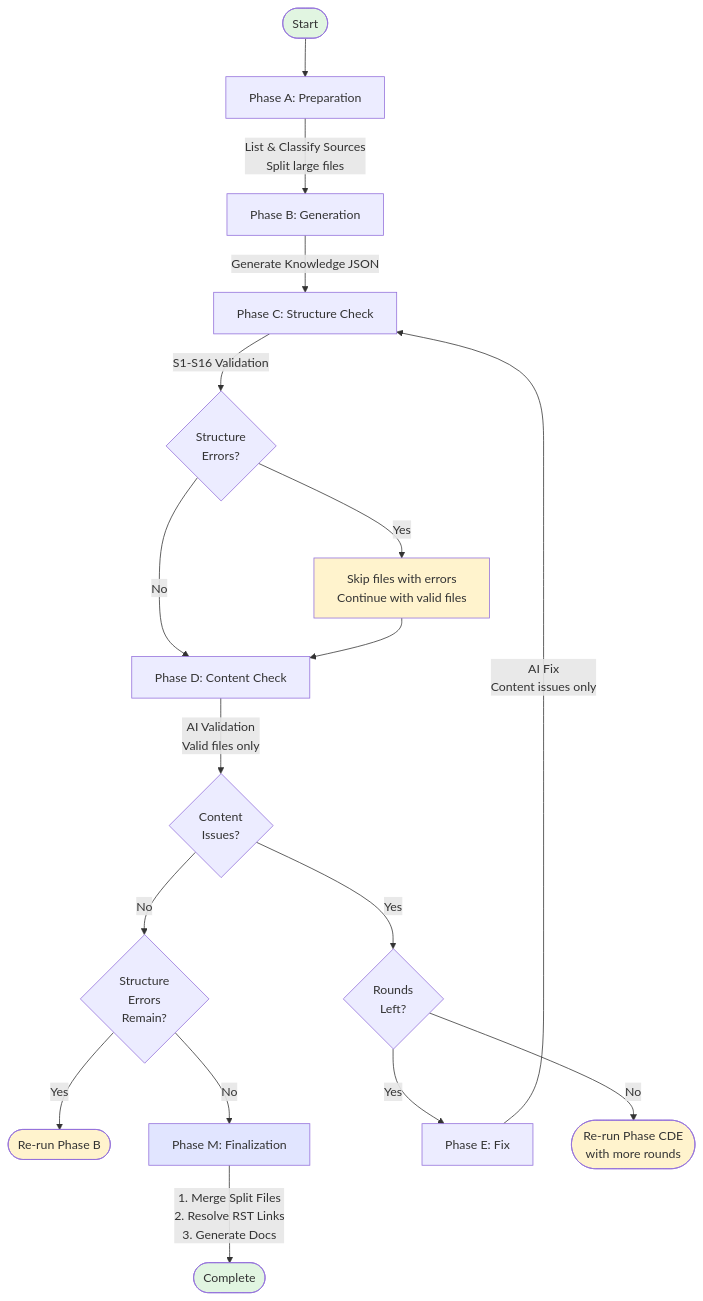
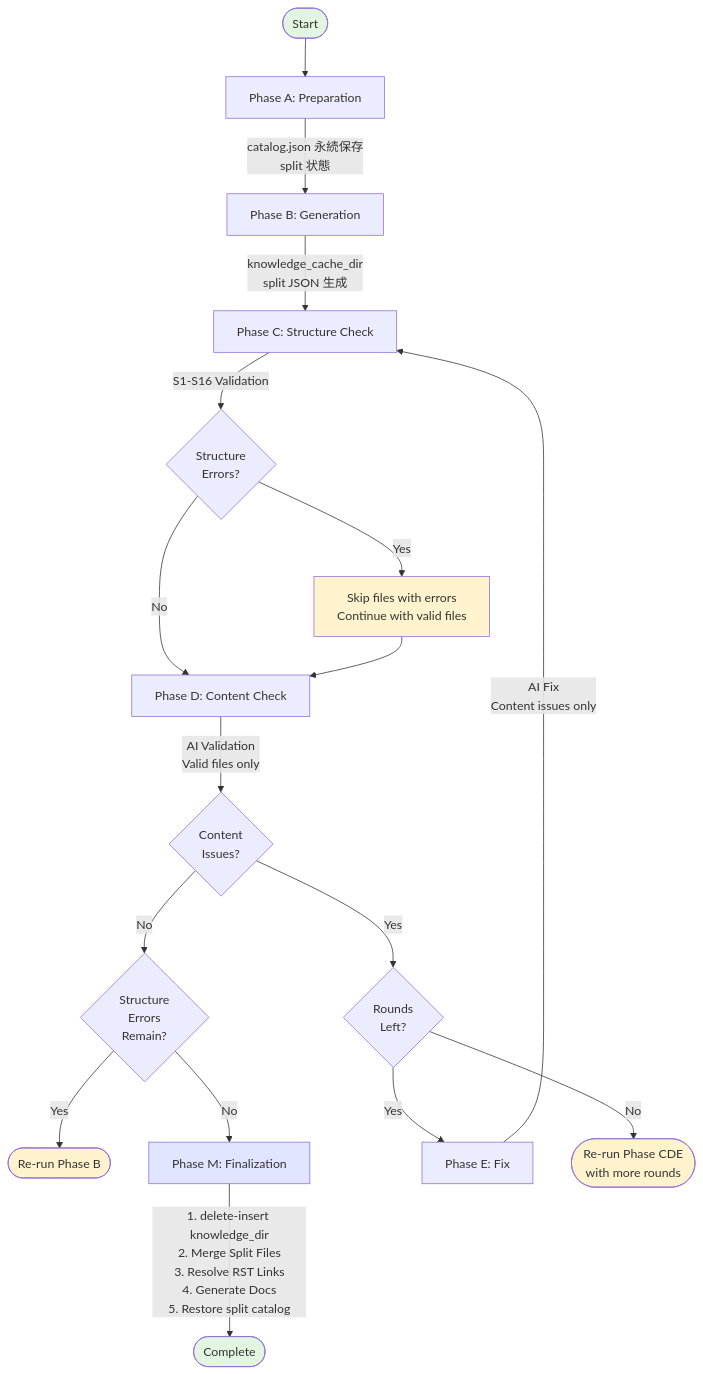
The diagram in tools/knowledge-creator/README.md (nablarch/nabledge-dev), drawn with Mermaid before and after one commit. The commit also changed other lines of this file and 355 other files, not shown here.

First line of the commit message:
refactor: Separate knowledge_cache_dir from knowledge_dir

````diff
--- a/tools/knowledge-creator/README.md
+++ b/tools/knowledge-creator/README.md
@@ -5,26 +5,26 @@
 ```mermaid
 flowchart TD
     Start([Start]) --> A[Phase A: Preparation]
-    A --> |List & Classify Sources<br/>Split large files| B[Phase B: Generation]
-    B --> |Generate Knowledge JSON| C[Phase C: Structure Check]
+    A --> |catalog.json 永続保存<br/>split 状態| B[Phase B: Generation]
+    B --> |knowledge_cache_dir<br/>split JSON 生成| C[Phase C: Structure Check]
     C --> |S1-S16 Validation| PassC{Structure<br/>Errors?}
     PassC --> |Yes| StructWarn[Skip files with errors<br/>Continue with valid files]
     PassC --> |No| D[Phase D: Content Check]
     StructWarn --> D
     D --> |AI Validation<br/>Valid files only| PassD{Content<br/>Issues?}
     PassD --> |No| CheckStruct{Structure<br/>Errors<br/>Remain?}
     CheckStruct --> |Yes| RerunB([Re-run Phase B])
     CheckStruct --> |No| M[Phase M: Finalization]
     PassD --> |Yes| Round{Rounds<br/>Left?}
     Round --> |Yes| E[Phase E: Fix]
     Round --> |No| RerunCDE([Re-run Phase CDE<br/>with more rounds])
     E --> |AI Fix<br/>Content issues only| C
-    M --> |1. Merge Split Files<br/>2. Resolve RST Links<br/>3. Generate Docs| Complete([Complete])
+    M --> |1. delete-insert knowledge_dir<br/>2. Merge Split Files<br/>3. Resolve RST Links<br/>4. Generate Docs<br/>5. Restore split catalog| Complete([Complete])
 
     style Start fill:#e1f5e1
     style Complete fill:#e1f5e1
     style RerunB fill:#fff3cd
     style RerunCDE fill:#fff3cd
     style StructWarn fill:#fff3cd
     style M fill:#e1e5ff
 ```
````
